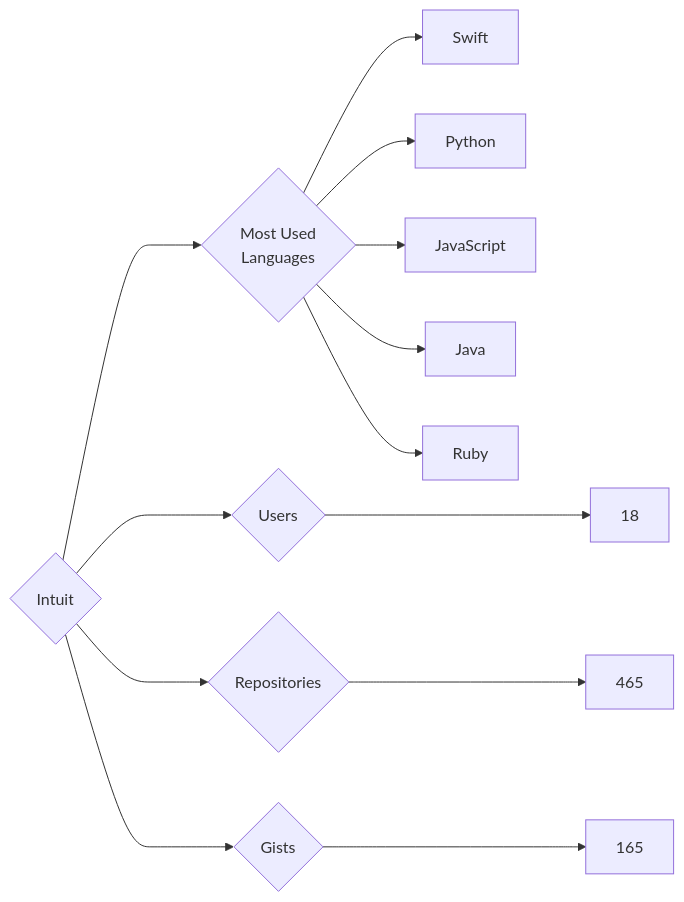
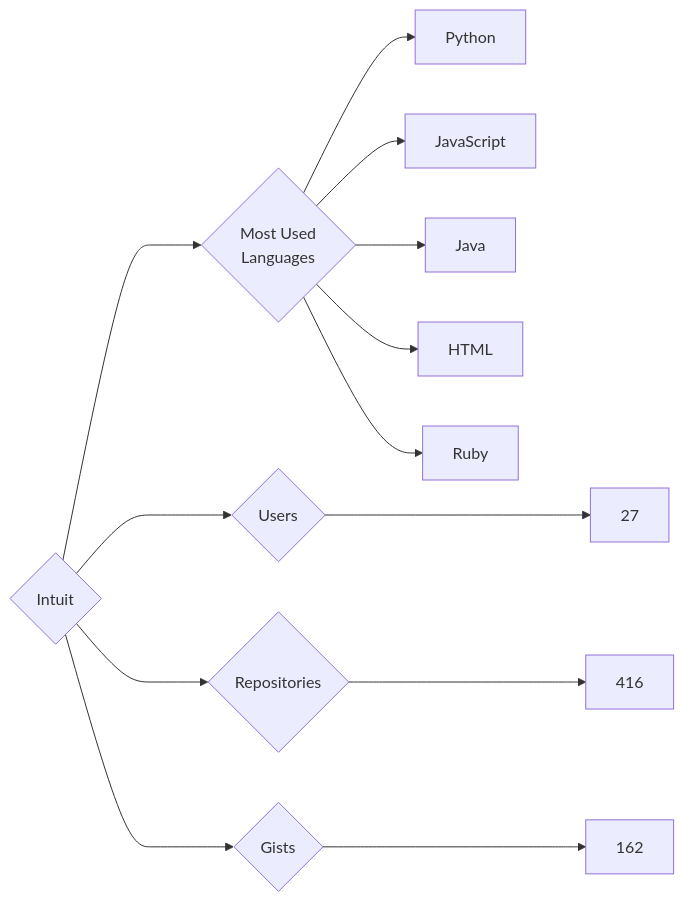
Before and after one commit to trickest/insiders: the diagram in targets/Intuit/README.md, drawn with Mermaid. The commit also changed 773 other files, not shown here.

````diff
--- a/targets/Intuit/README.md
+++ b/targets/Intuit/README.md
@@ -3,13 +3,13 @@
 ```mermaid
 graph LR
 COMPANY_NAME{Intuit}
-COMPANY_NAME ---> U{Users} ---> UN[18]
-COMPANY_NAME ---> R{Repositories} ---> RN[465]
-COMPANY_NAME ---> G{Gists} ---> GN[165]
+COMPANY_NAME ---> U{Users} ---> UN[27]
+COMPANY_NAME ---> R{Repositories} ---> RN[416]
+COMPANY_NAME ---> G{Gists} ---> GN[162]
 COMPANY_NAME ---> ML{Most Used<br>Languages}
-ML --> Swift[Swift]
 ML --> Python[Python]
 ML --> JavaScript[JavaScript]
 ML --> Java[Java]
+ML --> HTML[HTML]
 ML --> Ruby[Ruby]
 ```
````
